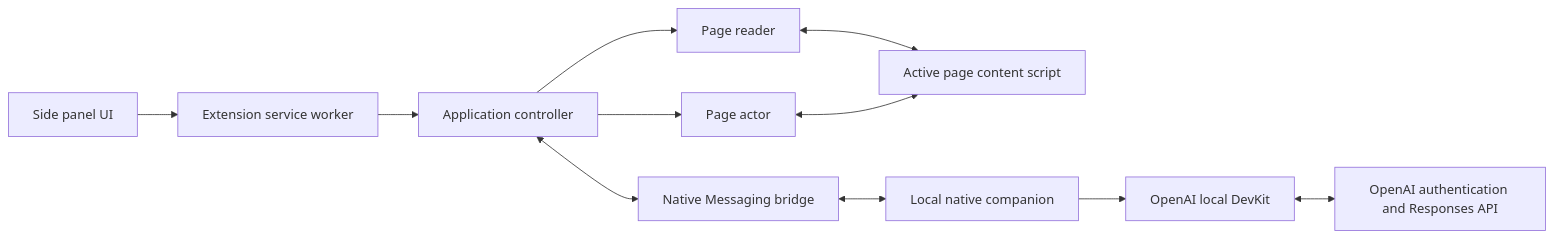
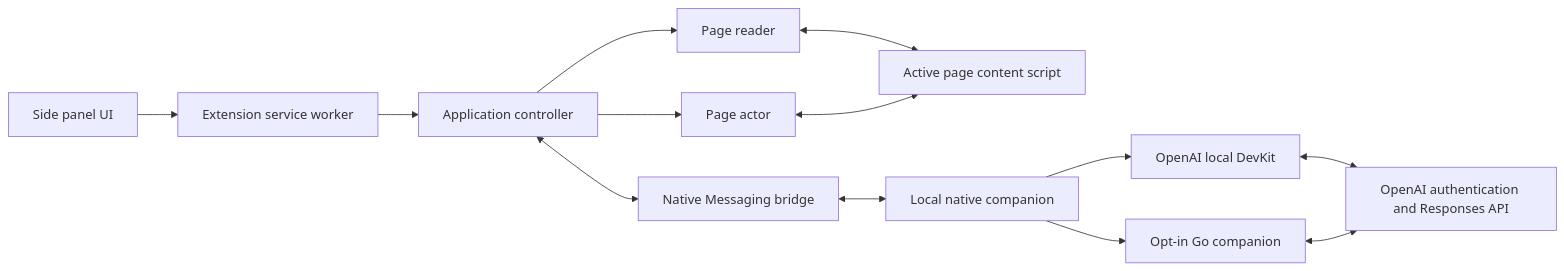
The diagram in docs/ARCHITECTURE.md (jwtouron/BrowseFriend), drawn with Mermaid before and after one commit. The commit also changed other lines of this file and 24 other files, not shown here.

````diff
--- a/docs/ARCHITECTURE.md
+++ b/docs/ARCHITECTURE.md
@@ -9,13 +9,15 @@
 ```mermaid
 flowchart LR
   UI[Side panel UI] --> SW[Extension service worker]
   SW --> App[Application controller]
   App --> Reader[Page reader]
   Reader <--> Page[Active page content script]
   App --> Actor[Page actor]
   Actor <--> Page
   App <--> Bridge[Native Messaging bridge]
   Bridge <--> Host[Local native companion]
   Host --> DevKit[OpenAI local DevKit]
   DevKit <--> OpenAI[OpenAI authentication and Responses API]
+  Host --> Go[Opt-in Go companion]
+  Go <--> OpenAI
 ```
````
